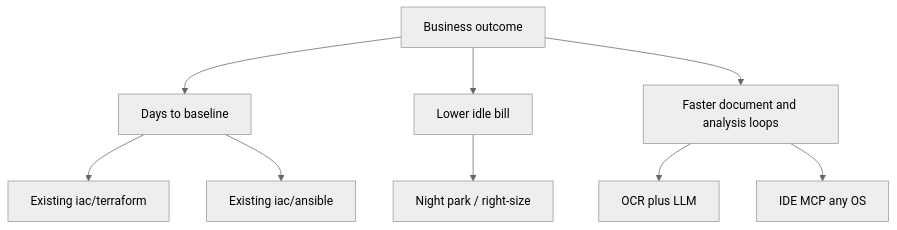
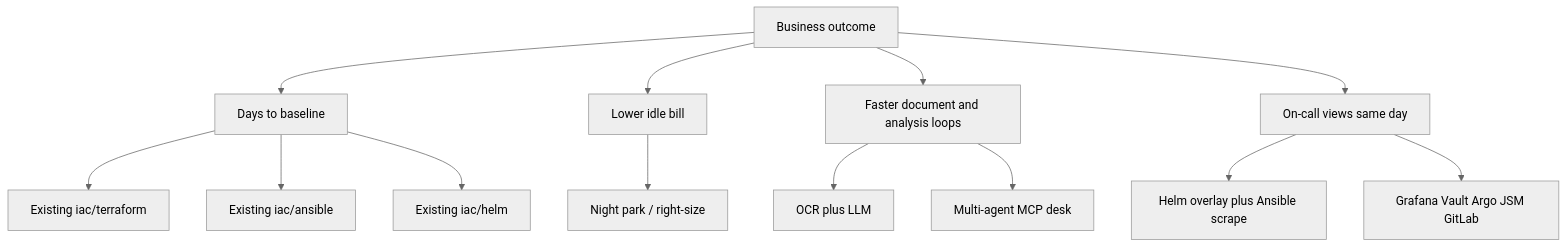
Before and after one commit to NarberallGamma/narberall-platform-engineer-lab: the diagram in architecture/README.md, drawn with Mermaid (neutral theme). The commit also changed other lines of this file and 1166 other files, not shown here.

First line of the commit message:
Publish Helm estate kits and product samples, and split SRE from product APIs.

````diff
--- a/architecture/README.md
+++ b/architecture/README.md
@@ -17,11 +19,15 @@
 ```mermaid
 flowchart TB
   Biz[Business outcome] --> Days[Days to baseline]
   Biz --> Bill[Lower idle bill]
   Biz --> AI[Faster document and analysis loops]
   Days --> TF[Existing iac/terraform]
   Days --> ANS[Existing iac/ansible]
+  Days --> HELM[Existing iac/helm]
   Bill --> Park[Night park / right-size]
   AI --> OCR[OCR plus LLM]
-  AI --> Desk[IDE MCP any OS]
+  AI --> Desk[Multi-agent MCP desk]
+  Biz --> SRE[On-call views same day]
+  SRE --> Obs[Helm overlay plus Ansible scrape]
+  SRE --> APIs[Grafana Vault Argo JSM GitLab]
 ```
````
